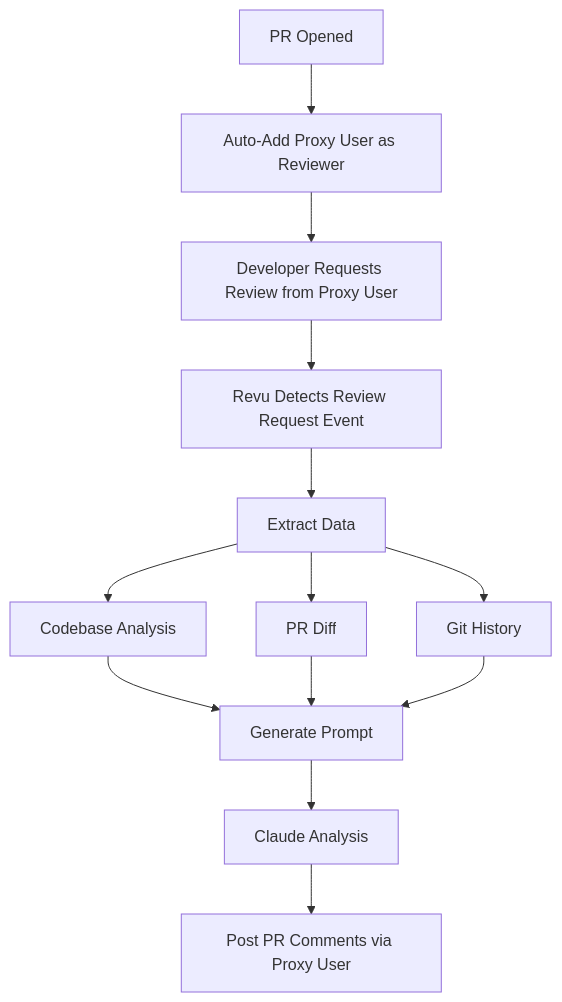
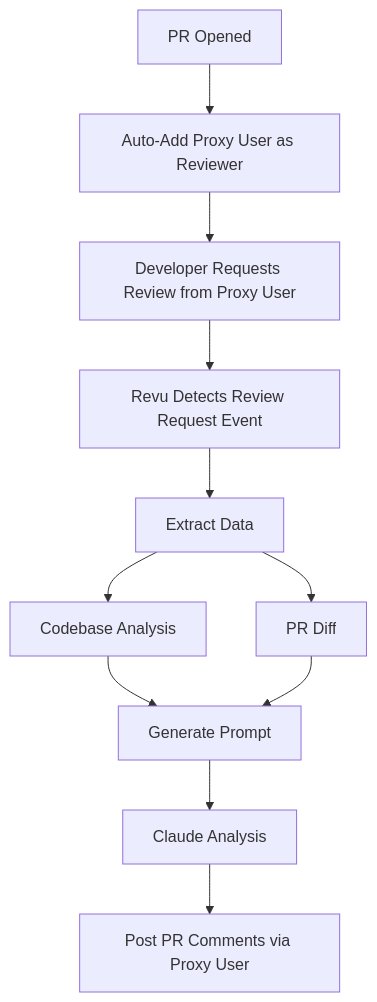
Before and after one commit to SocialGouv/revu: the diagram in README.md, drawn with Mermaid. The commit also changed other lines of this file, not shown here.

````diff
--- a/README.md
+++ b/README.md
@@ -19,15 +19,13 @@
 ```mermaid
 graph TD
     A[PR Opened] --> B[Auto-Add Proxy User as Reviewer]
     B --> C[Developer Requests Review from Proxy User]
     C --> D[Revu Detects Review Request Event]
     D --> E[Extract Data]
     E --> F[Codebase Analysis]
     E --> G[PR Diff]
-    E --> H[Git History]
-    F --> I[Generate Prompt]
-    G --> I
-    H --> I
-    I --> J[Claude Analysis]
-    J --> K[Post PR Comments via Proxy User]
+    F --> H[Generate Prompt]
+    G --> H
+    H --> I[Claude Analysis]
+    I --> J[Post PR Comments via Proxy User]
 ```
````
